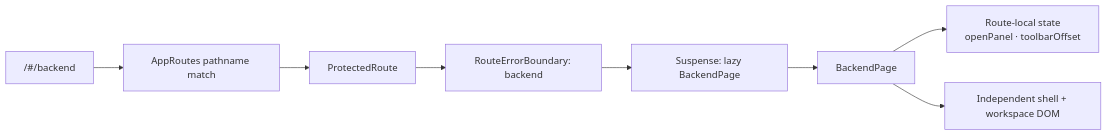
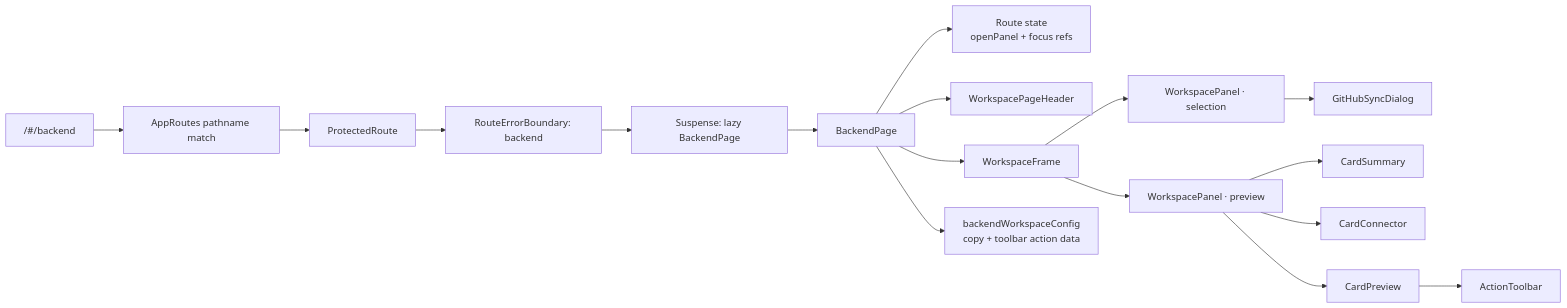
One commit to c7fb696fb9eabb971fd3becf7c0434aa/app-v9.1.1.3 changed the second of 4 diagrams in docs/BACKEND_WORKSPACE_MAP.md. Above: the diagram before and after it, drawn with Mermaid. The commit also changed other lines of this file and 103 other files, not shown here.

````diff
--- a/docs/BACKEND_WORKSPACE_MAP.md
+++ b/docs/BACKEND_WORKSPACE_MAP.md
@@ -135,10 +135,19 @@
 ```mermaid
 flowchart LR
     URL["/#/backend"] --> ROUTER["AppRoutes pathname match"]
     ROUTER --> GUARD["ProtectedRoute"]
     GUARD --> ERROR["RouteErrorBoundary: backend"]
     ERROR --> SUSPENSE["Suspense: lazy BackendPage"]
     SUSPENSE --> PAGE["BackendPage"]
-    PAGE --> LOCAL["Route-local state<br/>openPanel · toolbarOffset"]
-    PAGE --> VIEW["Independent shell + workspace DOM"]
+    PAGE --> STATE["Route state<br/>openPanel + focus refs"]
+    PAGE --> HEADER["WorkspacePageHeader"]
+    PAGE --> FRAME["WorkspaceFrame"]
+    FRAME --> PANEL1["WorkspacePanel · selection"]
+    FRAME --> PANEL2["WorkspacePanel · preview"]
+    PANEL1 --> SYNC["GitHubSyncDialog"]
+    PANEL2 --> SUMMARY["CardSummary"]
+    PANEL2 --> CONNECTOR["CardConnector"]
+    PANEL2 --> CARD["CardPreview"]
+    CARD --> TOOLBAR["ActionToolbar"]
+    PAGE --> CONFIG["backendWorkspaceConfig<br/>copy + toolbar action data"]
 ```
````
